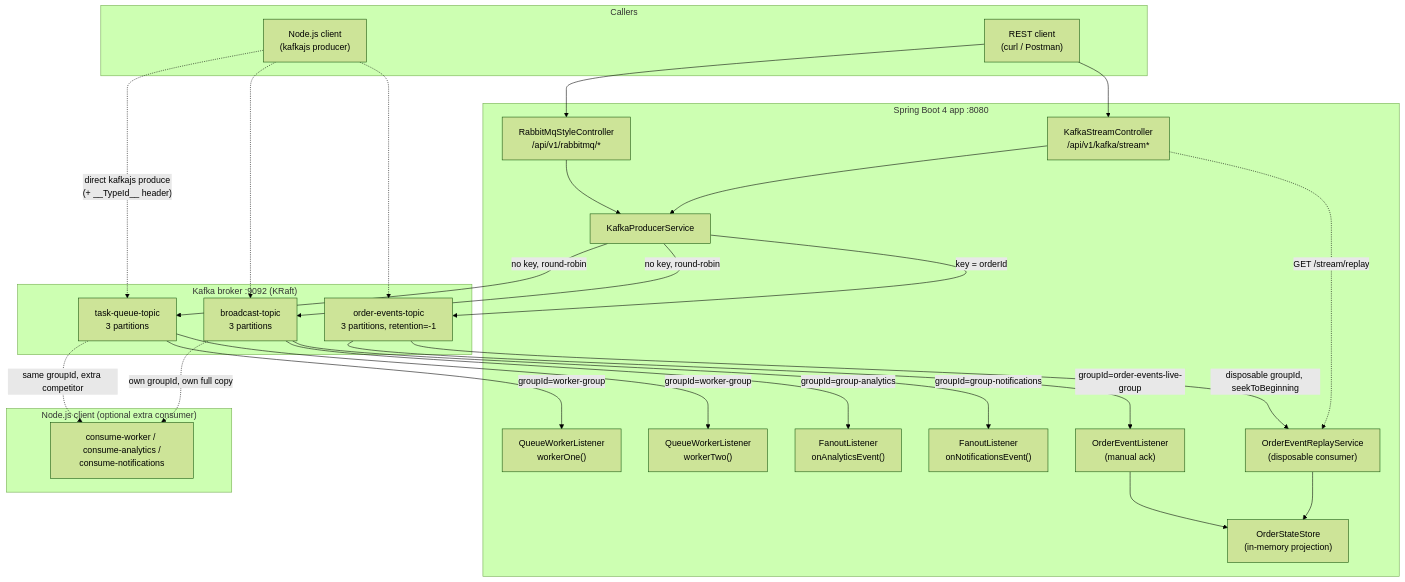
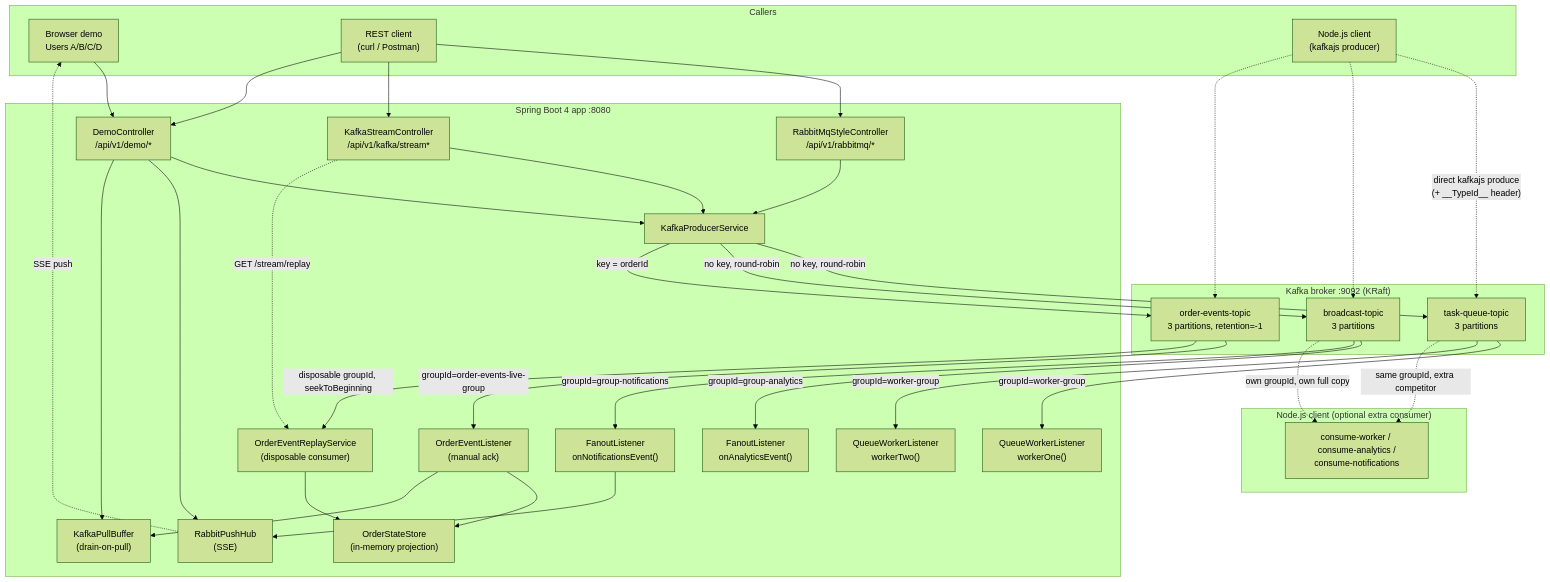
The first of 5 diagrams in docs/ARCHITECTURE.md (manydogs23/Kafka), drawn with Mermaid (forest theme) before and after one commit. The commit also changed other lines of this file and 88 other files, not shown here.

````diff
--- a/docs/ARCHITECTURE.md
+++ b/docs/ARCHITECTURE.md
@@ -7,58 +14,71 @@
 ```mermaid
 flowchart TB
     subgraph Clients["Callers"]
+        Browser["Browser demo<br/>Users A/B/C/D"]
         REST["REST client<br/>(curl / Postman)"]
         NodeProd["Node.js client<br/>(kafkajs producer)"]
     end
 
     subgraph App["Spring Boot 4 app :8080"]
+        DemoCtrl["DemoController<br/>/api/v1/demo/*"]
         RabbitCtrl["RabbitMqStyleController<br/>/api/v1/rabbitmq/*"]
         StreamCtrl["KafkaStreamController<br/>/api/v1/kafka/stream*"]
         Producer["KafkaProducerService"]
+
+        Hub["RabbitPushHub<br/>(SSE)"]
+        Buf["KafkaPullBuffer<br/>(drain-on-pull)"]
 
         W1["QueueWorkerListener<br/>workerOne()"]
         W2["QueueWorkerListener<br/>workerTwo()"]
         FA["FanoutListener<br/>onAnalyticsEvent()"]
         FN["FanoutListener<br/>onNotificationsEvent()"]
         OE["OrderEventListener<br/>(manual ack)"]
         Replay["OrderEventReplayService<br/>(disposable consumer)"]
         Store["OrderStateStore<br/>(in-memory projection)"]
     end
 
     subgraph Kafka["Kafka broker :9092 (KRaft)"]
         T1["task-queue-topic<br/>3 partitions"]
         T2["broadcast-topic<br/>3 partitions"]
         T3["order-events-topic<br/>3 partitions, retention=-1"]
     end
 
     subgraph NodeCons["Node.js client (optional extra consumer)"]
         NC["consume-worker / consume-analytics /<br/>consume-notifications"]
     end
 
+    Browser --> DemoCtrl
     REST --> RabbitCtrl
     REST --> StreamCtrl
+    REST --> DemoCtrl
     NodeProd -. "direct kafkajs produce\n(+ __TypeId__ header)" .-> T1
     NodeProd -.-> T2
     NodeProd -.-> T3
 
+    DemoCtrl --> Producer
+    DemoCtrl --> Hub
+    DemoCtrl --> Buf
     RabbitCtrl --> Producer
     StreamCtrl --> Producer
     Producer -- "no key, round-robin" --> T1
     Producer -- "no key, round-robin" --> T2
     Producer -- "key = orderId" --> T3
 
     T1 -- "groupId=worker-group" --> W1
     T1 -- "groupId=worker-group" --> W2
     T1 -. "same groupId, extra competitor" .-> NC
 
     T2 -- "groupId=group-analytics" --> FA
     T2 -- "groupId=group-notifications" --> FN
     T2 -. "own groupId, own full copy" .-> NC
 
     T3 -- "groupId=order-events-live-group" --> OE
     T3 -- "disposable groupId, seekToBeginning" --> Replay
     OE --> Store
+    OE --> Buf
+    FN --> Hub
+    Hub -. "SSE push" .-> Browser
     Replay --> Store
 
     StreamCtrl -. "GET /stream/replay" .-> Replay
 ```
````
